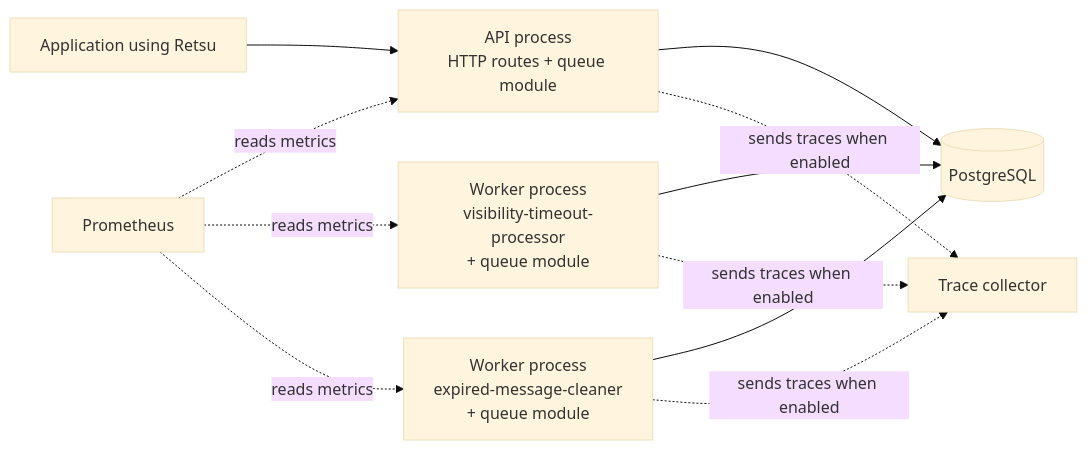
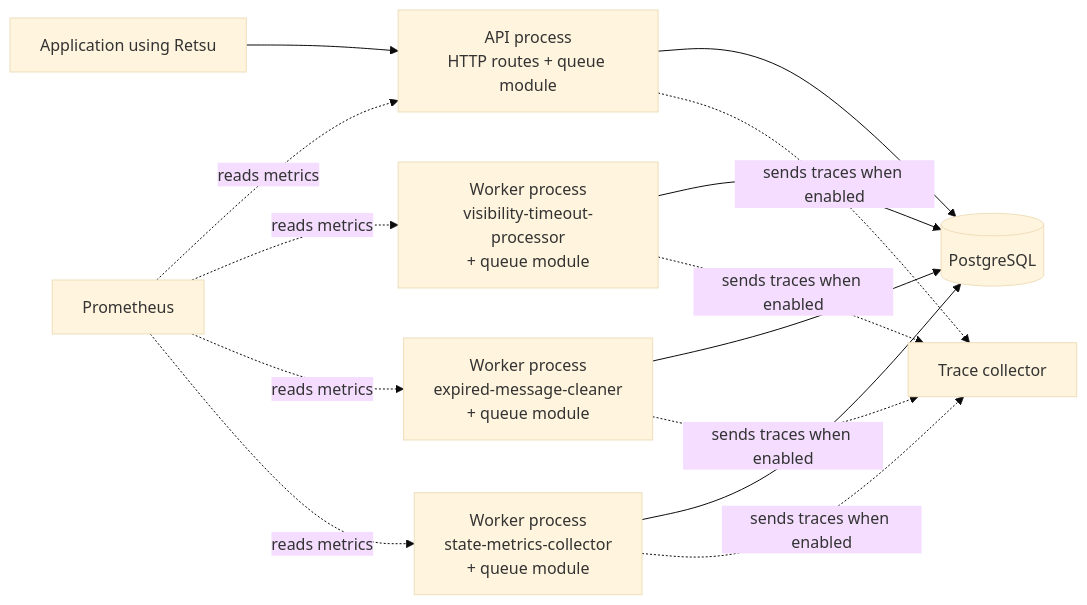
Before and after one commit to karanbalani/retsu: the first of 2 diagrams in docs/architecture.md, drawn with Mermaid (base theme). The commit also changed other lines of this file and 2 other files, not shown here.

Commit message:
docs: document queue state metrics worker

````diff
--- a/docs/architecture.md
+++ b/docs/architecture.md
@@ -12,13 +12,16 @@
 ```mermaid
 flowchart LR
     Client["Application using Retsu"] --> API["API process<br/>HTTP routes + queue module"]
     Timeout["Worker process<br/>visibility-timeout-processor<br/>+ queue module"] --> Database[("PostgreSQL")]
     Cleaner["Worker process<br/>expired-message-cleaner<br/>+ queue module"] --> Database
+    State["Worker process<br/>state-metrics-collector<br/>+ queue module"] --> Database
     API --> Database
     Prometheus["Prometheus"] -. "reads metrics" .-> API
     Prometheus -. "reads metrics" .-> Timeout
     Prometheus -. "reads metrics" .-> Cleaner
+    Prometheus -. "reads metrics" .-> State
     API -. "sends traces when enabled" .-> Collector["Trace collector"]
     Timeout -. "sends traces when enabled" .-> Collector
     Cleaner -. "sends traces when enabled" .-> Collector
+    State -. "sends traces when enabled" .-> Collector
 ```
````
